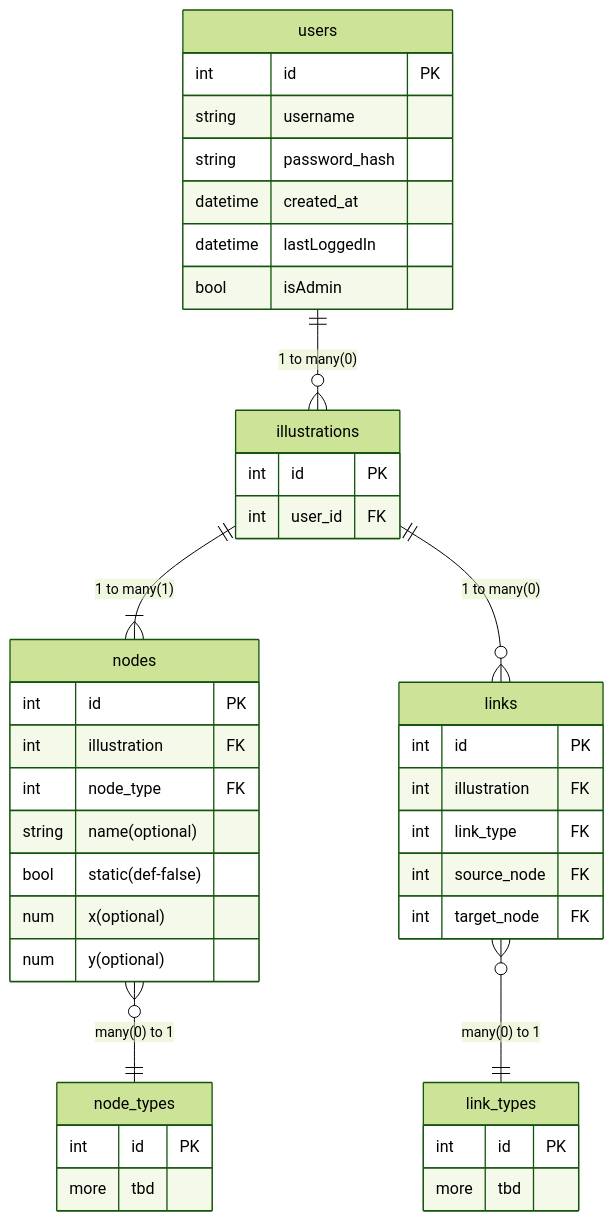
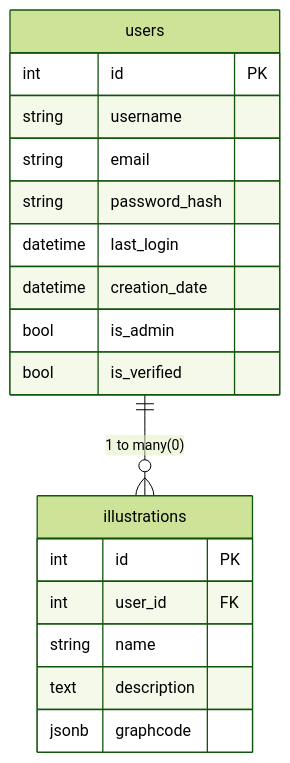
Before and after one commit to VehvilainenPooki/Visualizer-of-Router-Musters: the diagram in Docs/dbERDiagram.md, drawn with Mermaid (forest theme). The commit also changed other lines of this file, not shown here.

Commit message:
Update dbERDiagram

````diff
--- a/Docs/dbERDiagram.md
+++ b/Docs/dbERDiagram.md
@@ -2,50 +2,23 @@
 ```mermaid
 erDiagram
     users {
         int id PK
         string username
+        string email
         string password_hash
-        datetime created_at
-        datetime lastLoggedIn
-        bool isAdmin
+        datetime last_login
+        datetime creation_date
+        bool is_admin
+        bool is_verified
     }
 
     illustrations {
         int id PK
         int user_id FK
+        string name
+        text description
+        jsonb graphcode
     }
 
-    nodes {
-      int id PK
-      int illustration FK
-      int node_type FK
-      string name(optional)
-      bool static(def-false)
-      num x(optional)
-      num y(optional)
-    }
-
-    links {
-      int id PK
-      int illustration FK
-      int link_type FK
-      int source_node FK
-      int target_node FK
-    }
-
-  node_types {
-    int id PK
-    more tbd
-  }
-
-  link_types {
-    int id PK
-    more tbd
-  }
-
     users ||--o{ illustrations : "1 to many(0)"
-    illustrations ||--|{ nodes : "1 to many(1)"
-    illustrations ||--o{ links : "1 to many(0)"
-    nodes }o--|| node_types : "many(0) to 1"
-    links }o--|| link_types : "many(0) to 1"
 ```
````
